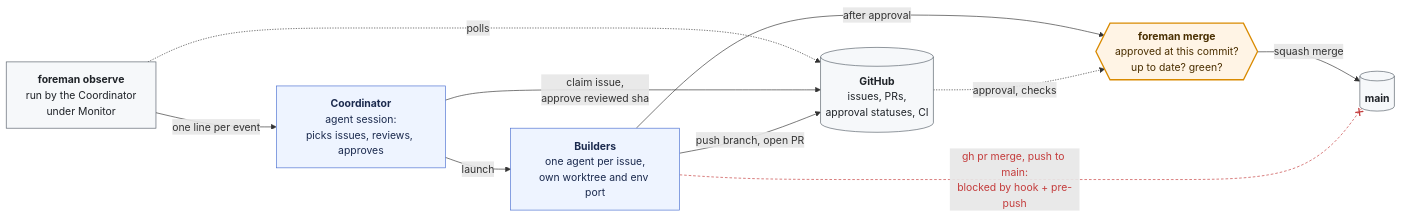
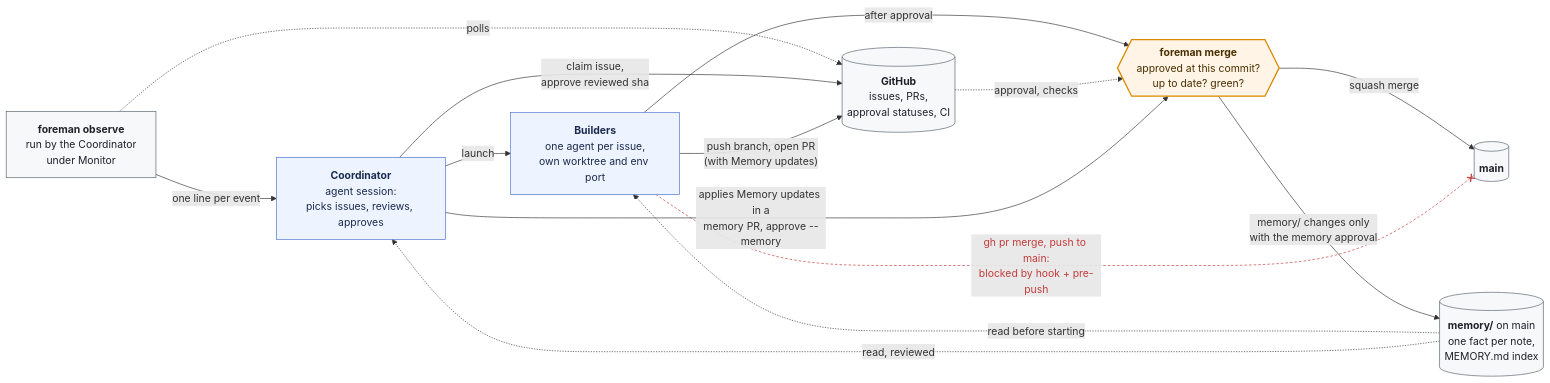
One commit to smknaqvi/foreman changed the first of 3 diagrams in README.md. Above: the diagram before and after it, drawn with Mermaid. The commit also changed other lines of this file and 20 other files, not shown here.

````diff
--- a/README.md
+++ b/README.md
@@ -17,27 +18,32 @@
 ```mermaid
 flowchart LR
     obs["<b>foreman observe</b><br/>run by the Coordinator<br/>under Monitor"]
     coord["<b>Coordinator</b><br/>agent session:<br/>picks issues, reviews, approves"]
     bld["<b>Builders</b><br/>one agent per issue,<br/>own worktree and env port"]
     gh[("<b>GitHub</b><br/>issues, PRs,<br/>approval statuses, CI")]
     gate{{"<b>foreman merge</b><br/>approved at this commit?<br/>up to date? green?"}}
     main[("<b>main</b>")]
+    mem[("<b>memory/</b> on main<br/>one fact per note,<br/>MEMORY.md index")]
 
     obs -- "one line per event" --> coord
     obs -. "polls" .-> gh
     coord -- "launch" --> bld
     coord -- "claim issue,<br/>approve reviewed sha" --> gh
-    bld -- "push branch, open PR" --> gh
+    bld -- "push branch, open PR<br/>(with Memory updates)" --> gh
     bld -- "after approval" --> gate
     gh -. "approval, checks" .-> gate
     gate -- "squash merge" --> main
     bld --x|"gh pr merge, push to main:<br/>blocked by hook + pre-push"| main
+    mem -. "read before starting" .-> bld
+    mem -. "read, reviewed" .-> coord
+    coord -- "applies Memory updates in a<br/>memory PR, approve --memory" --> gate
+    gate -- "memory/ changes only<br/>with the memory approval" --> mem
 
     classDef agent fill:#eef4ff,stroke:#4a6fd1,color:#1b2a4e
     classDef proc fill:#f6f8fa,stroke:#57606a,color:#1f2328
     classDef gatecls fill:#fff4e5,stroke:#d98a00,color:#4a2f00,stroke-width:2px
     class coord,bld agent
-    class obs,gh,main proc
+    class obs,gh,main,mem proc
     class gate gatecls
     linkStyle 8 stroke:#c43c3c,color:#c43c3c,stroke-dasharray:4 3
 ```
````
